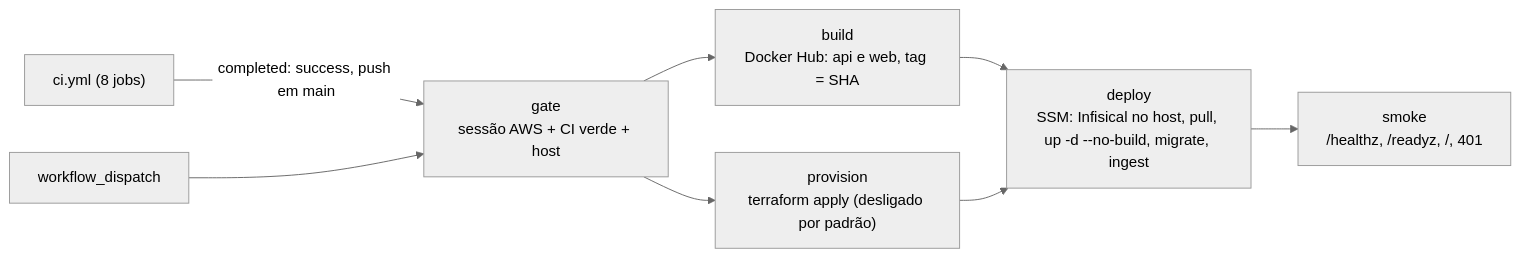
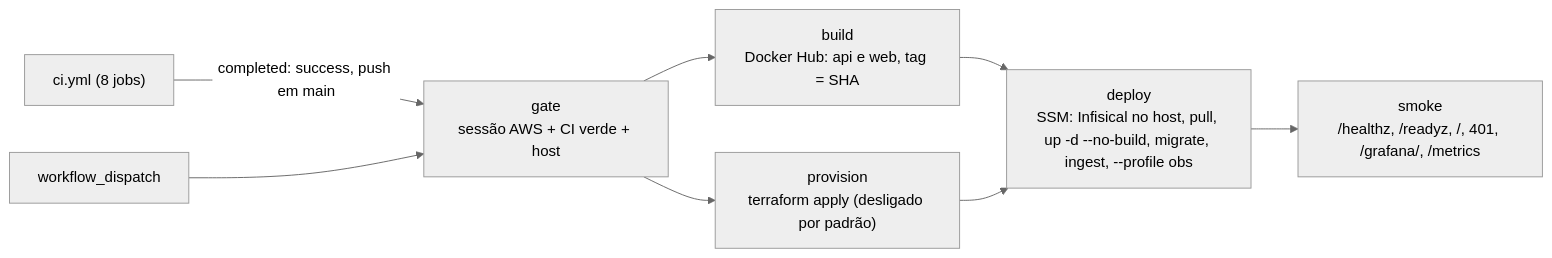
The diagram in docs/app/06-pipeline-deploy.md (emanuelrodrigues2005/skill-finder), drawn with Mermaid (neutral theme) before and after one commit. The commit also changed other lines of this file and 3 other files, not shown here.

````diff
--- a/docs/app/06-pipeline-deploy.md
+++ b/docs/app/06-pipeline-deploy.md
@@ -14,10 +14,10 @@
 ```mermaid
 flowchart LR
   CI["ci.yml (8 jobs)"] -->|completed: success, push em main| GATE
   MANUAL["workflow_dispatch"] --> GATE
   GATE["gate<br/>sessão AWS + CI verde + host"] --> BUILD["build<br/>Docker Hub: api e web, tag = SHA"]
   GATE --> PROV["provision<br/>terraform apply (desligado por padrão)"]
-  BUILD --> DEPLOY["deploy<br/>SSM: Infisical no host, pull, up -d --no-build, migrate, ingest"]
+  BUILD --> DEPLOY["deploy<br/>SSM: Infisical no host, pull, up -d --no-build, migrate, ingest, --profile obs"]
   PROV --> DEPLOY
-  DEPLOY --> SMOKE["smoke<br/>/healthz, /readyz, /, 401"]
+  DEPLOY --> SMOKE["smoke<br/>/healthz, /readyz, /, 401, /grafana/, /metrics"]
 ```
````
